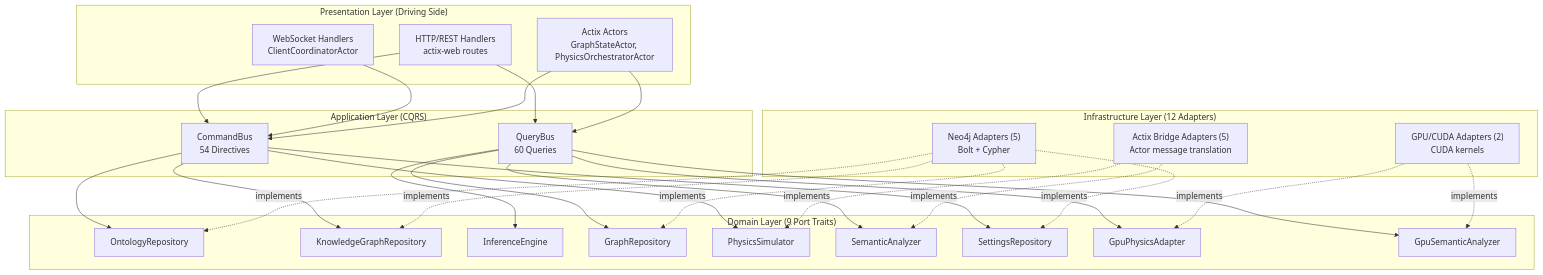
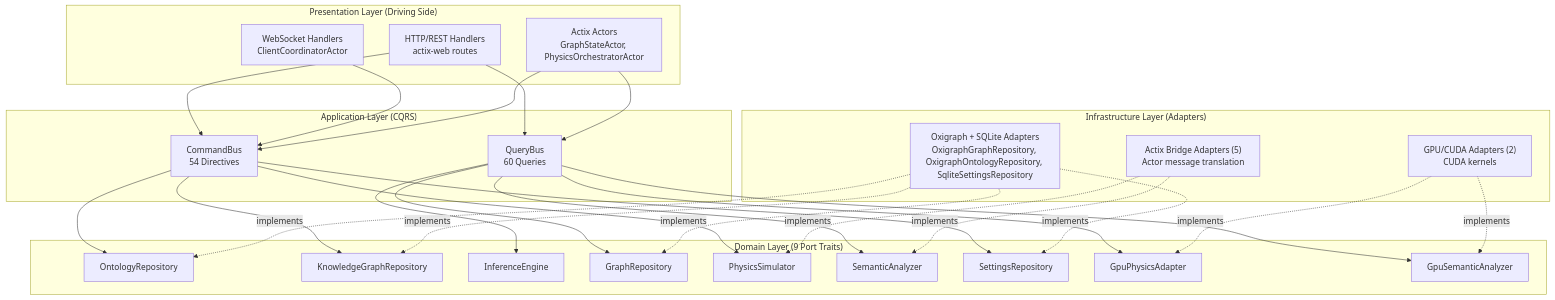
The first of 5 diagrams in docs/explanation/backend-cqrs-pattern.md (shaneholloman/logseq-spring-thing), drawn with Mermaid before and after one commit. The commit also changed other lines of this file and 58 other files, not shown here.

First line of the commit message:
docs: Neo4j→Oxigraph + webxr→visionclaw alignment, physics controls, health probes

````diff
--- a/docs/explanation/backend-cqrs-pattern.md
+++ b/docs/explanation/backend-cqrs-pattern.md
@@ -19,56 +27,56 @@
 ```mermaid
 graph TB
     subgraph "Presentation Layer (Driving Side)"
         HTTP["HTTP/REST Handlers<br/>actix-web routes"]
         WS["WebSocket Handlers<br/>ClientCoordinatorActor"]
         Actors["Actix Actors<br/>GraphStateActor, PhysicsOrchestratorActor"]
     end
 
     subgraph "Application Layer (CQRS)"
         CB["CommandBus<br/>54 Directives"]
         QB["QueryBus<br/>60 Queries"]
     end
 
     subgraph "Domain Layer (9 Port Traits)"
         OR["OntologyRepository"]
         KGR["KnowledgeGraphRepository"]
         IE["InferenceEngine"]
         GR["GraphRepository"]
         PS["PhysicsSimulator"]
         SA["SemanticAnalyzer"]
         SR["SettingsRepository"]
         GPA["GpuPhysicsAdapter"]
         GSA["GpuSemanticAnalyzer"]
     end
 
-    subgraph "Infrastructure Layer (12 Adapters)"
-        Neo4j["Neo4j Adapters (5)<br/>Bolt + Cypher"]
+    subgraph "Infrastructure Layer (Adapters)"
+        Store["Oxigraph + SQLite Adapters<br/>OxigraphGraphRepository, OxigraphOntologyRepository, SqliteSettingsRepository"]
         GPU["GPU/CUDA Adapters (2)<br/>CUDA kernels"]
         Actix["Actix Bridge Adapters (5)<br/>Actor message translation"]
     end
 
     HTTP --> CB
     HTTP --> QB
     WS --> CB
     Actors --> CB
     Actors --> QB
 
     CB --> OR
     CB --> KGR
     CB --> SR
     CB --> PS
     QB --> IE
     QB --> GR
     QB --> SA
     QB --> GPA
     QB --> GSA
 
-    Neo4j -.->|implements| OR
-    Neo4j -.->|implements| KGR
-    Neo4j -.->|implements| SR
-    Neo4j -.->|implements| GR
+    Store -.->|implements| OR
+    Store -.->|implements| KGR
+    Store -.->|implements| SR
+    Store -.->|implements| GR
     GPU -.->|implements| GPA
     GPU -.->|implements| GSA
     Actix -.->|implements| PS
     Actix -.->|implements| SA
 ```
````
